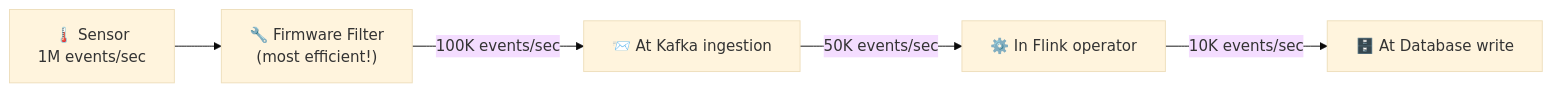
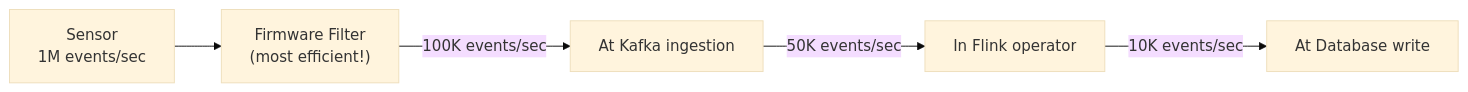
The third of 8 diagrams in UNITS/UNIT 2/unit-2-english-fun.md (NK2552003/Big-Data-Survival-Guide), drawn with Mermaid (base theme) before and after one commit. The commit also changed other lines of this file and 78 other files, not shown here.

````diff
--- a/UNITS/UNIT 2/unit-2-english-fun.md
+++ b/UNITS/UNIT 2/unit-2-english-fun.md
@@ -474,14 +474,14 @@
 ```mermaid
 flowchart LR
-    Sensor["🌡️ Sensor\n1M events/sec"]
-    
-    FirmwareFilter["🔧 Firmware Filter\n(most efficient!)"]
-    KafkaFilter["📨 At Kafka ingestion"]
-    FlinkFilter["⚙️ In Flink operator"]
-    DBFilter["🗄️ At Database write"]
-    
-    Sensor --> FirmwareFilter
-    FirmwareFilter -->|"100K events/sec"| KafkaFilter
-    KafkaFilter -->|"50K events/sec"| FlinkFilter
-    FlinkFilter -->|"10K events/sec"| DBFilter
+ Sensor[" Sensor\n1M events/sec"]
+
+ FirmwareFilter[" Firmware Filter\n(most efficient!)"]
+ KafkaFilter[" At Kafka ingestion"]
+ FlinkFilter[" In Flink operator"]
+ DBFilter[" At Database write"]
+
+ Sensor --> FirmwareFilter
+ FirmwareFilter -->|"100K events/sec"| KafkaFilter
+ KafkaFilter -->|"50K events/sec"| FlinkFilter
+ FlinkFilter -->|"10K events/sec"| DBFilter
 ```
````
